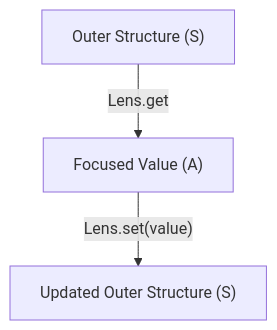
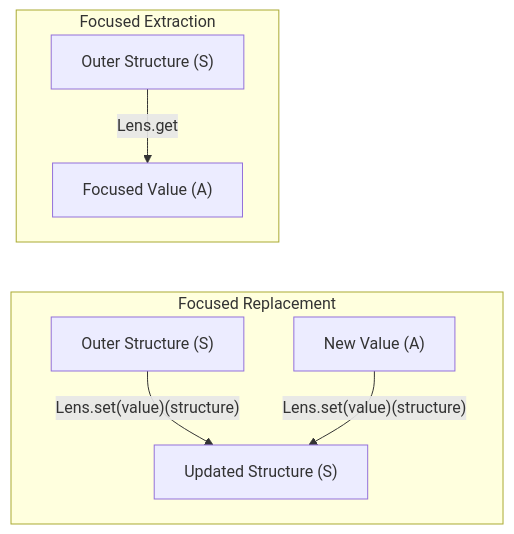
The diagram in docs/src/content/docs/guides/lens.md (nlozgachev/pipelined), drawn with Mermaid before and after one commit. The commit also changed 22 other files, not shown here.

Commit message:
docs: better diagrams

````diff
--- a/docs/src/content/docs/guides/lens.md
+++ b/docs/src/content/docs/guides/lens.md
@@ -105,5 +105,12 @@
 ```mermaid
-flowchart TD
-    S["Outer Structure (S)"] -- "Lens.get" --> A["Focused Value (A)"]
-    A -- "Lens.set(value)" --> S2["Updated Outer Structure (S)"]
+flowchart TB
+    subgraph Read ["Focused Extraction"]
+        S["Outer Structure (S)"] -->|"Lens.get"| A["Focused Value (A)"]
+    end
+
+    subgraph Write ["Focused Replacement"]
+        S2["Outer Structure (S)"] & Val["New Value (A)"] -->|"Lens.set(value)(structure)"| SUpdated["Updated Structure (S)"]
+    end
+
+    A ~~~ S2
 ```
````
